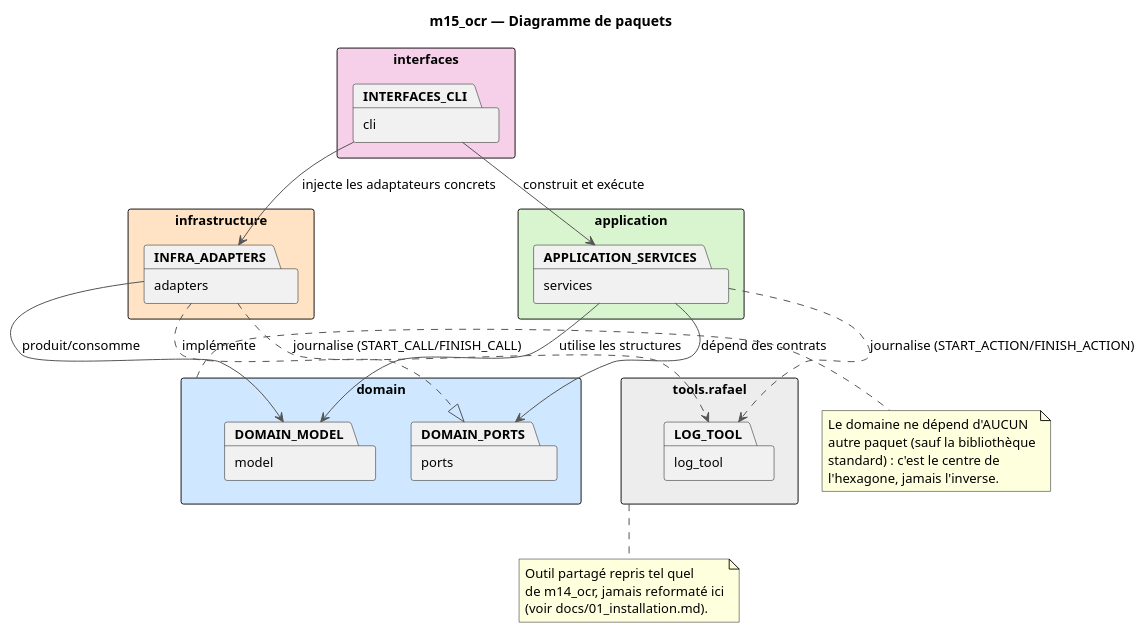
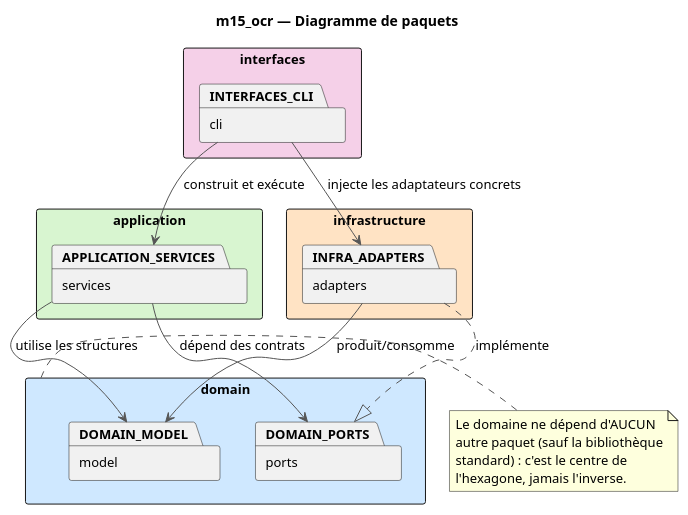
The diagram in docs/diagrams/paquets/diagramme_paquets.puml (racemartin/m15_ocr), drawn with PlantUML before and after one commit. The commit also changed 32 other files, not shown here.

Commit message:
docs: corriger le decoupage PDF des diagrammes et retirer LogTool

```diff
--- a/docs/diagrams/paquets/diagramme_paquets.puml
+++ b/docs/diagrams/paquets/diagramme_paquets.puml
@@ -1,55 +1,42 @@
 @startuml diagramme_paquets
 skinparam backgroundColor white
 skinparam defaultFontName Helvetica
 skinparam defaultFontSize 13
 skinparam shadowing false
 skinparam packageStyle rectangle
 skinparam ArrowColor #555555
 
 title m15_ocr — Diagramme de paquets
 
 package "domain" as DOMAIN #CFE8FF {
   package "model" as DOMAIN_MODEL
   package "ports" as DOMAIN_PORTS
 }
 
 package "application" as APPLICATION #D8F5D0 {
   package "services" as APPLICATION_SERVICES
 }
 
 package "infrastructure" as INFRA #FFE3C4 {
   package "adapters" as INFRA_ADAPTERS
 }
 
 package "interfaces" as INTERFACES #F5D0E8 {
   package "cli" as INTERFACES_CLI
 }
 
-package "tools.rafael" as TOOLS #EDEDED {
-  package "log_tool" as LOG_TOOL
-}
-
 INTERFACES_CLI --> APPLICATION_SERVICES : construit et exécute
 INTERFACES_CLI --> INFRA_ADAPTERS : injecte les adaptateurs concrets
 APPLICATION_SERVICES --> DOMAIN_PORTS : dépend des contrats
 APPLICATION_SERVICES --> DOMAIN_MODEL : utilise les structures
 INFRA_ADAPTERS ..|> DOMAIN_PORTS : implémente
 INFRA_ADAPTERS --> DOMAIN_MODEL : produit/consomme
-
-APPLICATION_SERVICES ..> LOG_TOOL : journalise (START_ACTION/FINISH_ACTION)
-INFRA_ADAPTERS ..> LOG_TOOL : journalise (START_CALL/FINISH_CALL)
 
 note right of DOMAIN
   Le domaine ne dépend d'AUCUN
   autre paquet (sauf la bibliothèque
   standard) : c'est le centre de
   l'hexagone, jamais l'inverse.
 end note
 
-note bottom of TOOLS
-  Outil partagé repris tel quel
-  de m14_ocr, jamais reformaté ici
-  (voir docs/01_installation.md).
-end note
-
 @enduml
```
